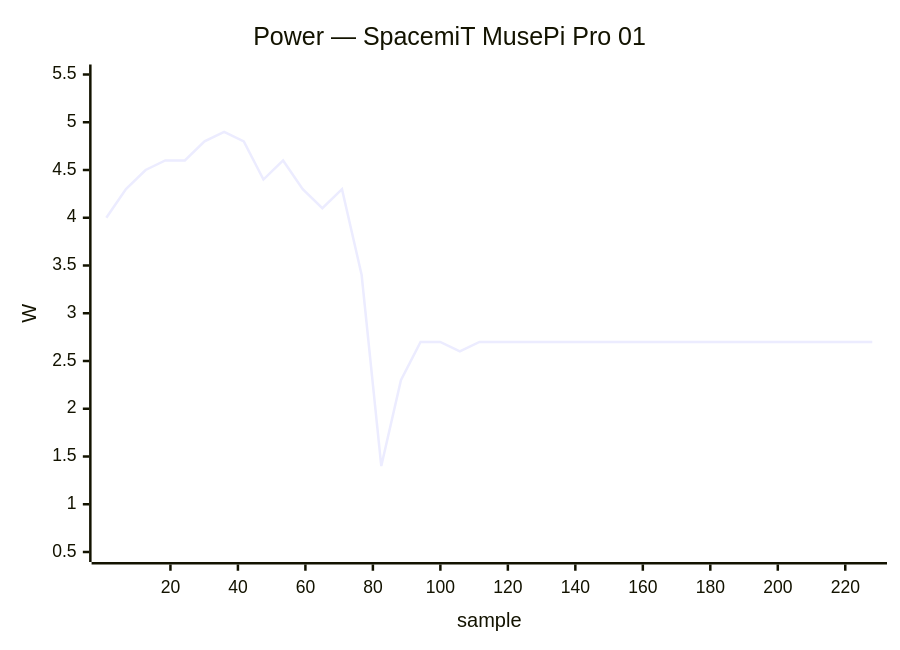
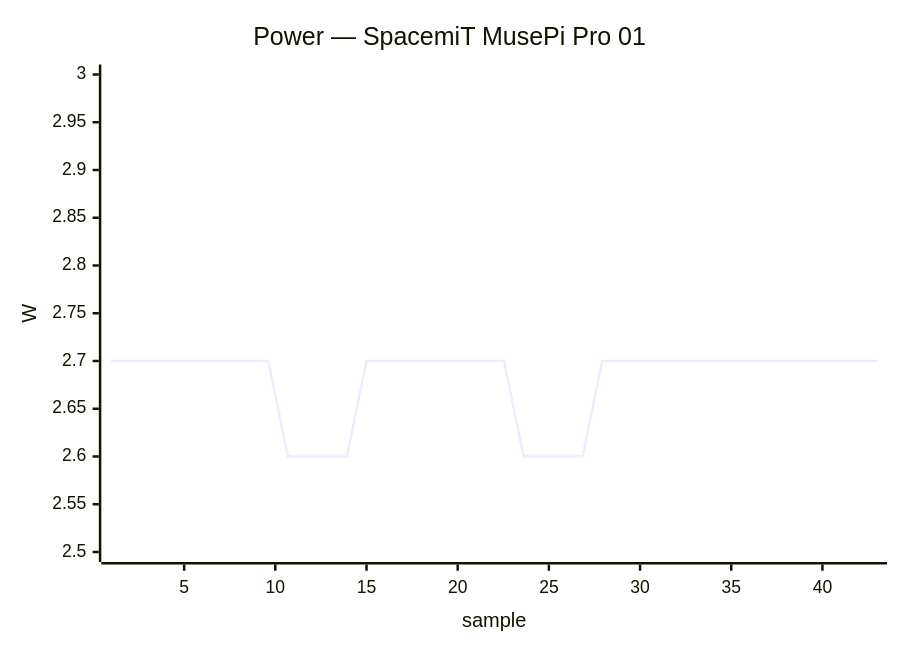
Before and after one commit to armbian/documentation: the seventh of 39 diagrams in docs/status/board-tests.md, drawn with Mermaid. The commit also changed other lines of this file, not shown here.

````diff
--- a/docs/status/board-tests.md
+++ b/docs/status/board-tests.md
@@ -370,7 +229,7 @@
 ```mermaid
 xychart-beta
     title "Power — SpacemiT MusePi Pro 01"
-    x-axis "sample" 1 --> 228
-    y-axis "W" 0.5 --> 5.5
-    line [4.0, 4.3, 4.5, 4.6, 4.6, 4.8, 4.9, 4.8, 4.4, 4.6, 4.3, 4.1, 4.3, 3.4, 1.4, 2.3, 2.7, 2.7, 2.6, 2.7, 2.7, 2.7, 2.7, 2.7, 2.7, 2.7, 2.7, 2.7, 2.7, 2.7, 2.7, 2.7, 2.7, 2.7, 2.7, 2.7, 2.7, 2.7, 2.7, 2.7]
+    x-axis "sample" 1 --> 43
+    y-axis "W" 2.5 --> 3.0
+    line [2.7, 2.7, 2.7, 2.7, 2.7, 2.7, 2.7, 2.7, 2.7, 2.6, 2.6, 2.6, 2.6, 2.7, 2.7, 2.7, 2.7, 2.7, 2.7, 2.7, 2.7, 2.6, 2.6, 2.6, 2.6, 2.7, 2.7, 2.7, 2.7, 2.7, 2.7, 2.7, 2.7, 2.7, 2.7, 2.7, 2.7, 2.7, 2.7, 2.7]
 ```
````
